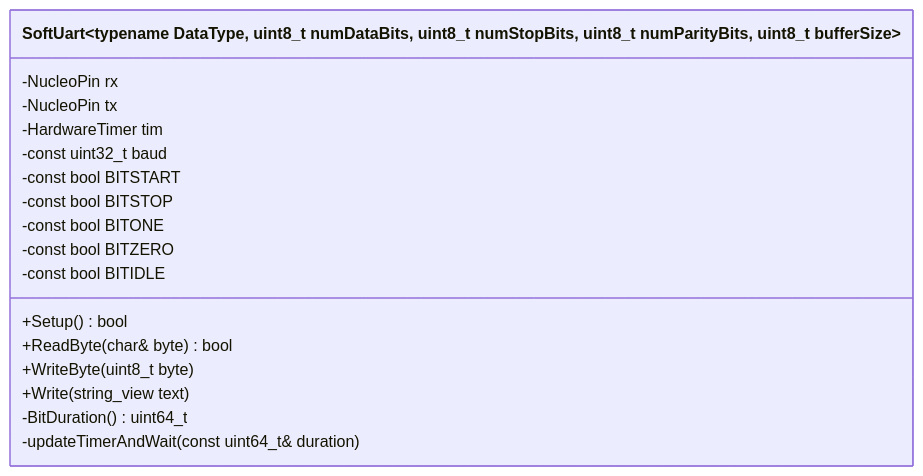
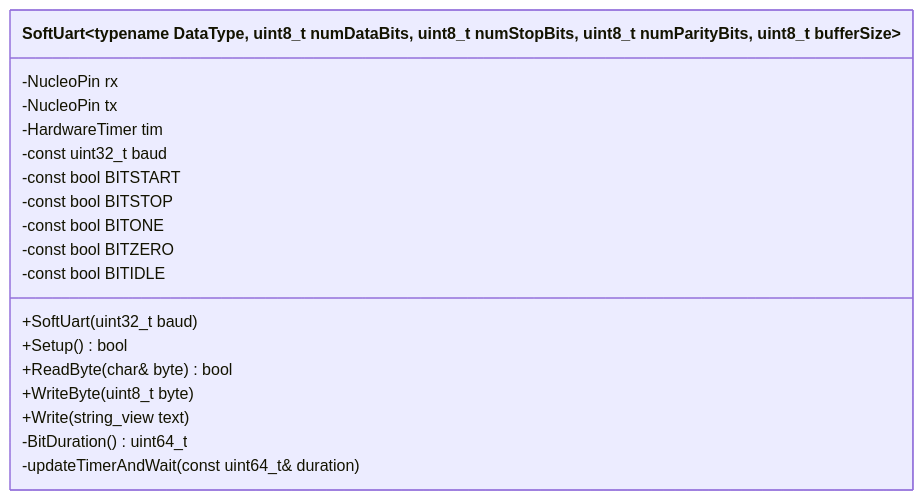
Before and after one commit to gamepro110/t-db3-2324nj: the first of 3 diagrams in notes/comm/uart notes.md, drawn with Mermaid. The commit also changed other lines of this file and 2 other files, not shown here.

Commit message:
updated uart report + notes

````diff
--- a/notes/comm/uart notes.md
+++ b/notes/comm/uart notes.md
@@ -53,21 +53,22 @@
 ```mermaid
 classDiagram
 class SoftUart~typename DataType, uint8_t numDataBits, uint8_t numStopBits, uint8_t numParityBits, uint8_t bufferSize~ {
+  +SoftUart(uint32_t baud)
   +Setup() bool
   +ReadByte(char& byte) bool
   +WriteByte(uint8_t byte)
   +Write(string_view text)
   -BitDuration() uint64_t
   -updateTimerAndWait(const uint64_t& duration)
 
   -NucleoPin rx
   -NucleoPin tx
   -HardwareTimer tim
   -const uint32_t baud
   -const bool BITSTART
   -const bool BITSTOP
   -const bool BITONE
   -const bool BITZERO
   -const bool BITIDLE
 }
 ```
````
